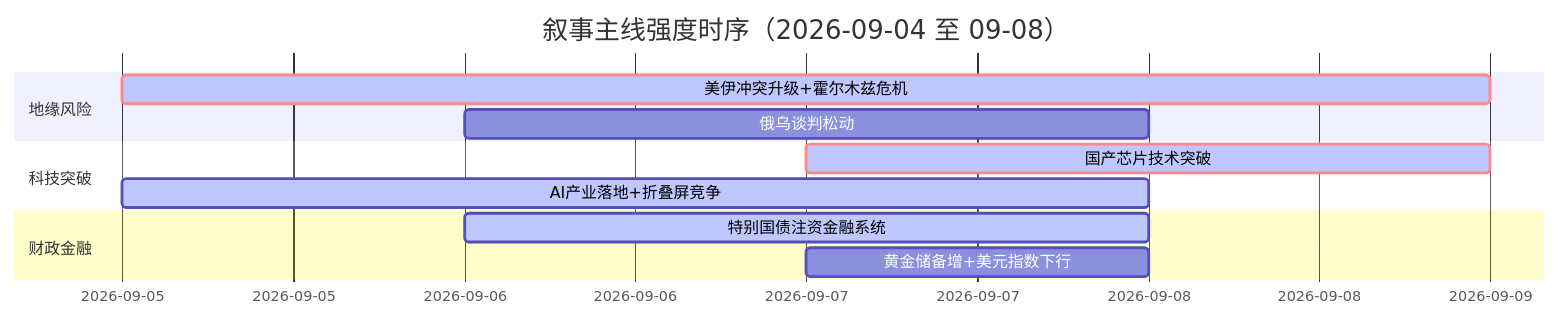
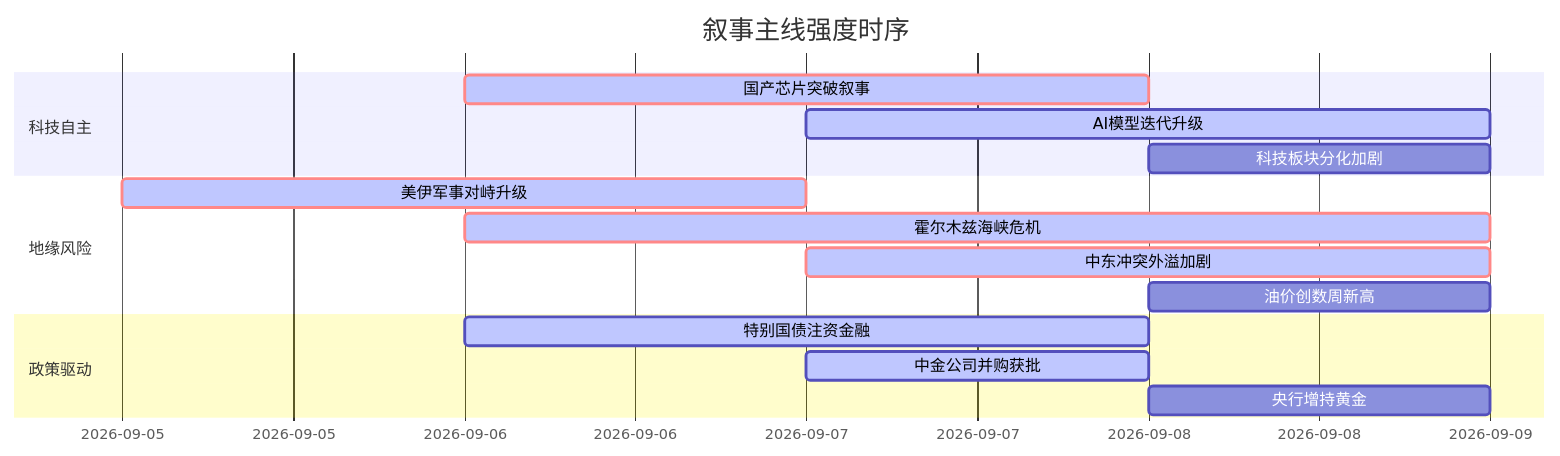
The diagram in 5day_report.md (uu5zn/uu5zn.github.io), drawn with Mermaid before and after one commit. The commit also changed other lines of this file and 23 other files, not shown here.

````diff
--- a/5day_report.md
+++ b/5day_report.md
@@ -58,16 +58,20 @@
 ```mermaid
 gantt
-    title 叙事主线强度时序（2026-09-04 至 09-08）
+    title 叙事主线强度时序
     dateFormat YYYY-MM-DD
+    section 科技自主
+    国产芯片突破叙事   :crit, active, 2026-09-06, 2d
+    AI模型迭代升级     :active, 2026-09-07, 2d
+    科技板块分化加剧   :2026-09-08, 1d
+    
     section 地缘风险
-    美伊冲突升级+霍尔木兹危机   :crit, active, 2026-09-05, 4d
-    俄乌谈判松动               :2026-09-06, 2d
+    美伊军事对峙升级   :crit, active, 2026-09-05, 2d
+    霍尔木兹海峡危机   :crit, active, 2026-09-06, 3d
+    中东冲突外溢加剧   :crit, active, 2026-09-07, 2d
+    油价创数周新高     :2026-09-08, 1d
     
-    section 科技突破
-    国产芯片技术突破           :crit, active, 2026-09-07, 2d
-    AI产业落地+折叠屏竞争      :active, 2026-09-05, 3d
-    
-    section 财政金融
-    特别国债注资金融系统       :active, 2026-09-06, 2d
-    黄金储备增+美元指数下行    :2026-09-07, 1d
+    section 政策驱动
+    特别国债注资金融   :active, 2026-09-06, 2d
+    中金公司并购获批   :active, 2026-09-07, 1d
+    央行增持黄金       :2026-09-08, 1d
 ```
````
